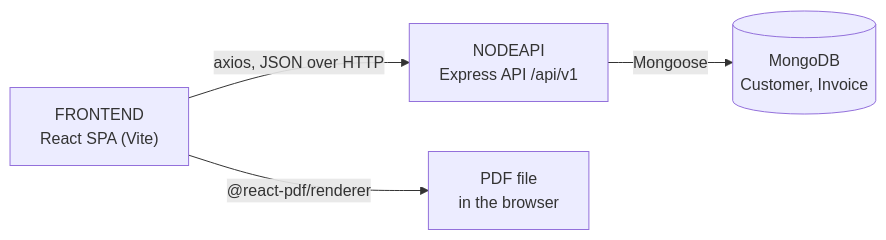
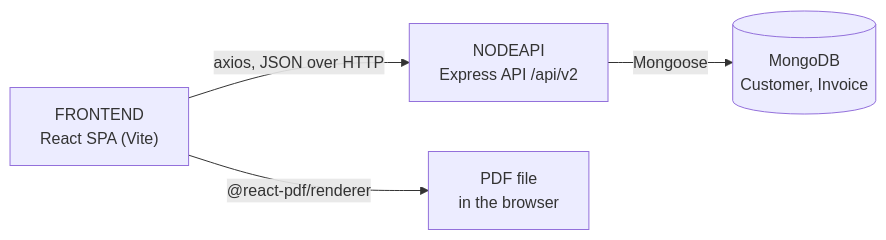
One commit to MatheusCastro99/InvoiceMe changed the diagram in Harness_Config/Context/Architecture_Design.md. Above: the diagram before and after it, drawn with Mermaid. The commit also changed other lines of this file and 21 other files, not shown here.

````diff
--- a/Harness_Config/Context/Architecture_Design.md
+++ b/Harness_Config/Context/Architecture_Design.md
@@ -96,6 +96,6 @@
 ```mermaid
 flowchart LR
-    A["FRONTEND<br/>React SPA (Vite)"] -- "axios, JSON over HTTP" --> B["NODEAPI<br/>Express API /api/v1"]
+    A["FRONTEND<br/>React SPA (Vite)"] -- "axios, JSON over HTTP" --> B["NODEAPI<br/>Express API /api/v2"]
     B -- "Mongoose" --> C[("MongoDB<br/>Customer, Invoice")]
     A -- "@react-pdf/renderer" --> D["PDF file<br/>in the browser"]
 ```
````
